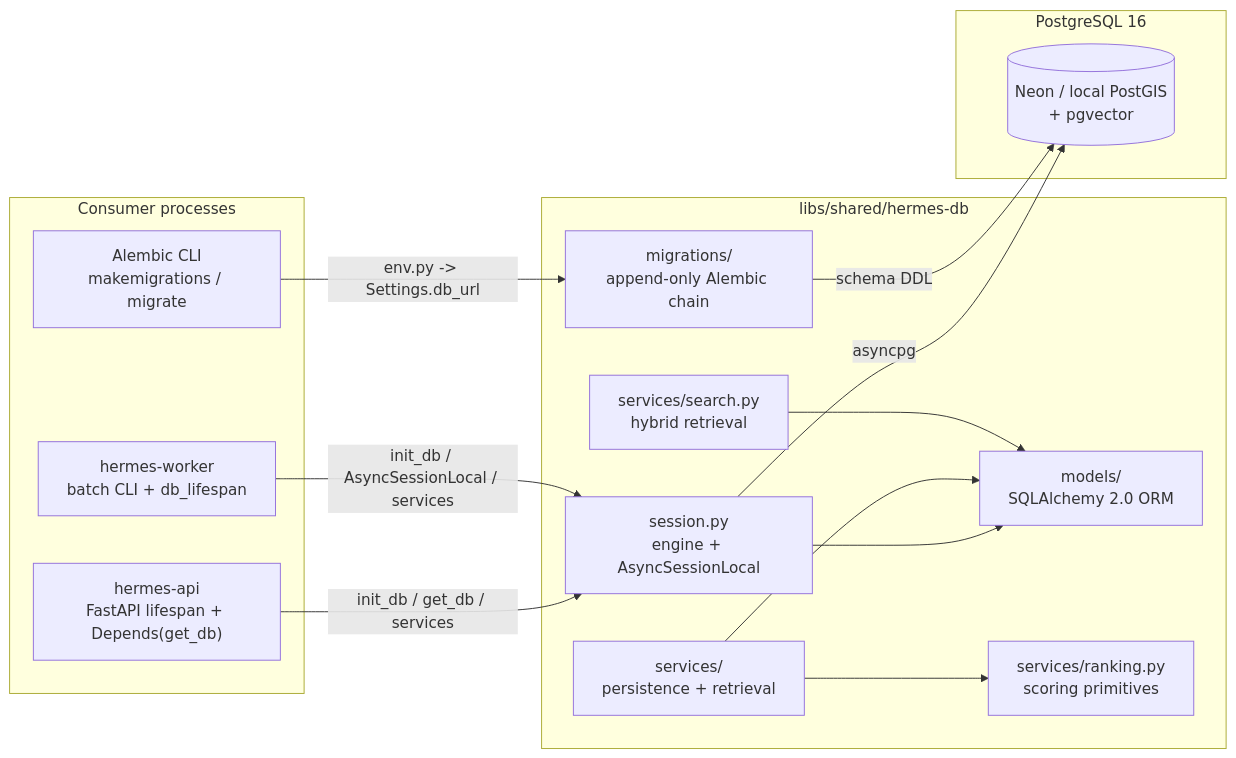
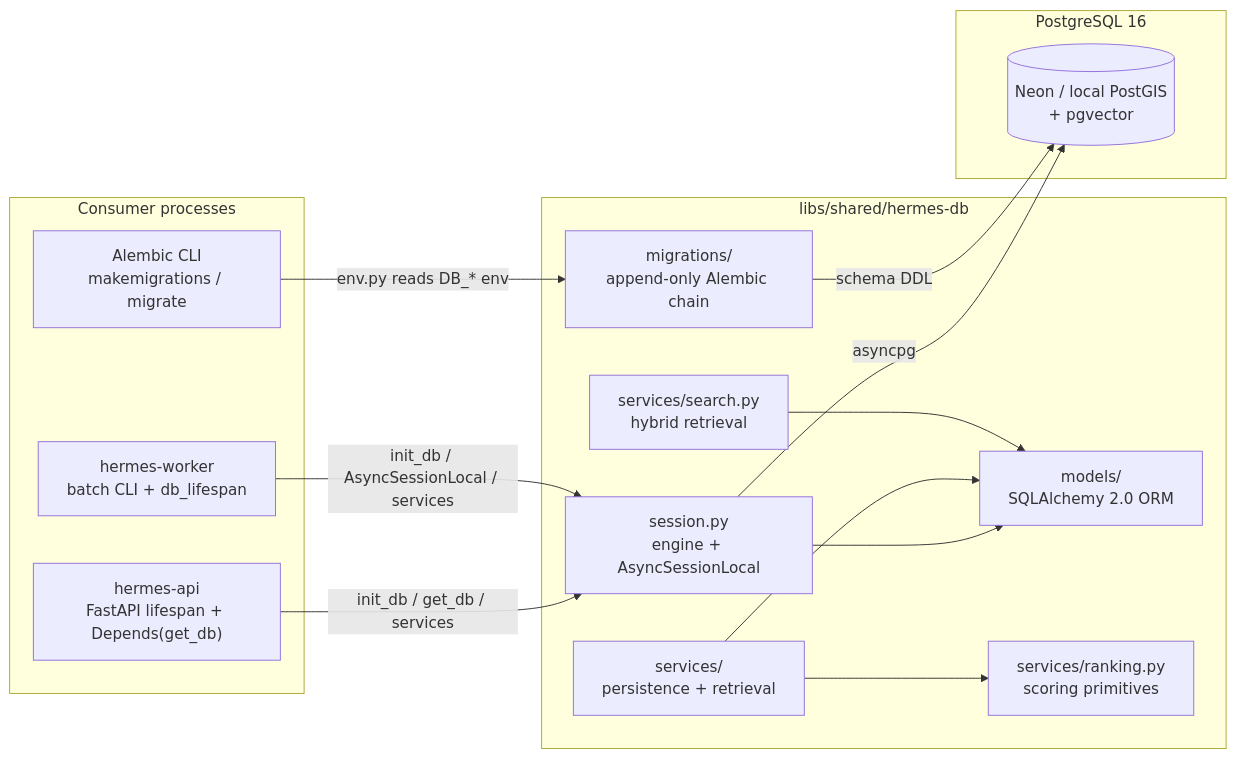
Before and after one commit to paavann/hermes: the first of 6 diagrams in libs/shared/hermes-db/docs/architecture.md, drawn with Mermaid. The commit also changed other lines of this file and 19 other files, not shown here.

Commit message:
docs: updated readme, agents.md, and architecture documentations.

````diff
--- a/libs/shared/hermes-db/docs/architecture.md
+++ b/libs/shared/hermes-db/docs/architecture.md
@@ -53,31 +53,31 @@
 ```mermaid
 flowchart LR
     subgraph Consumers["Consumer processes"]
         API["hermes-api\nFastAPI lifespan + Depends(get_db)"]
         Worker["hermes-worker\nbatch CLI + db_lifespan"]
         Alembic["Alembic CLI\nmakemigrations / migrate"]
     end
 
     subgraph Library["libs/shared/hermes-db"]
         Session["session.py\nengine + AsyncSessionLocal"]
         Models["models/\nSQLAlchemy 2.0 ORM"]
         Services["services/\npersistence + retrieval"]
         Search["services/search.py\nhybrid retrieval"]
         Ranking["services/ranking.py\nscoring primitives"]
         Migrations["migrations/\nappend-only Alembic chain"]
     end
 
     subgraph Data["PostgreSQL 16"]
         PG[("Neon / local PostGIS\n+ pgvector")]
     end
 
     API -->|"init_db / get_db / services"| Session
     Worker -->|"init_db / AsyncSessionLocal / services"| Session
-    Alembic -->|"env.py -> Settings.db_url"| Migrations
+    Alembic -->|"env.py reads DB_* env"| Migrations
     Session --> Models
     Services --> Models
     Search --> Models
     Services --> Ranking
     Session -->|"asyncpg"| PG
     Migrations -->|"schema DDL"| PG
 ```
````
